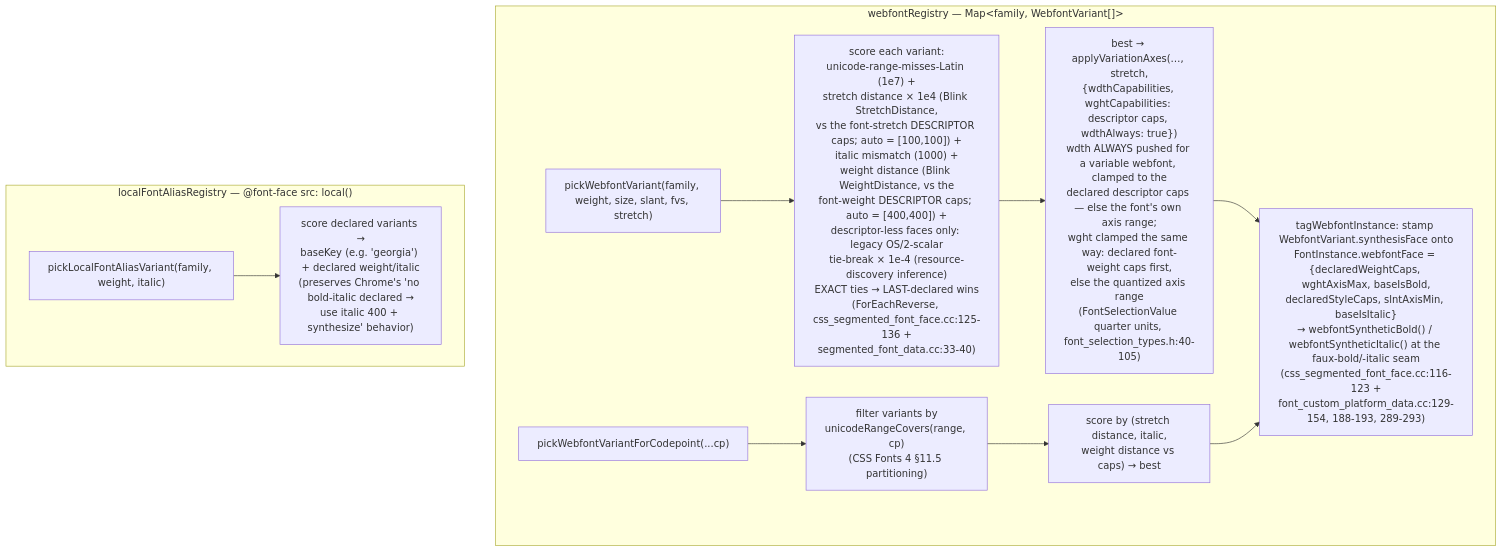
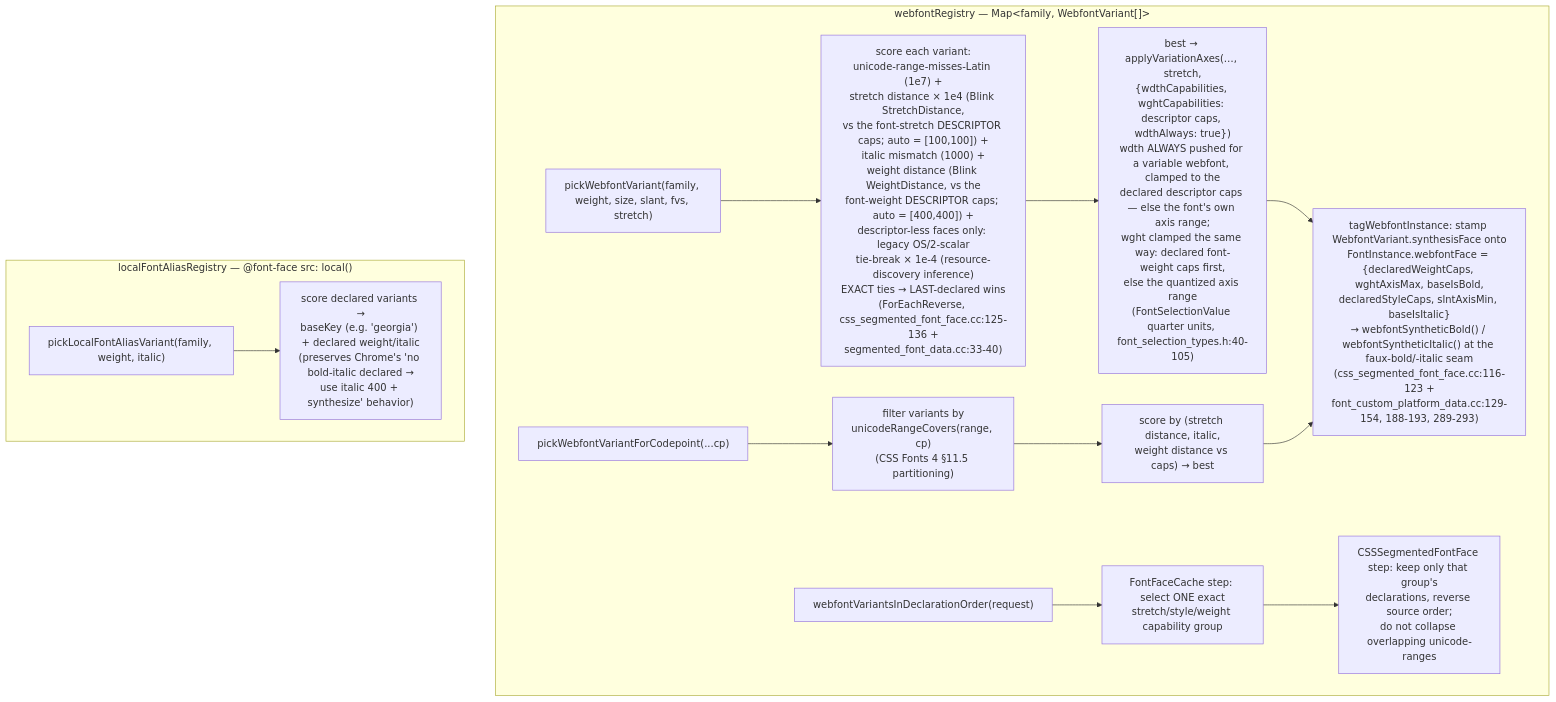
The fourth of 11 diagrams in docs/font-resolution-diagram.md (brianwestphal/domotion), drawn with Mermaid before and after one commit. The commit also changed other lines of this file and 7 other files, not shown here.

````diff
--- a/docs/font-resolution-diagram.md
+++ b/docs/font-resolution-diagram.md
@@ -783,14 +783,16 @@
 ```mermaid
 flowchart TD
   subgraph WF["webfontRegistry — Map&lt;family, WebfontVariant[]&gt;"]
     W0["pickWebfontVariant(family, weight, size, slant, fvs, stretch)"] --> W1["score each variant:<br/>unicode-range-misses-Latin (1e7) +<br/>stretch distance × 1e4 (Blink StretchDistance,<br/>vs the font-stretch DESCRIPTOR caps; auto = [100,100]) +<br/>italic mismatch (1000) +<br/>weight distance (Blink WeightDistance, vs the<br/>font-weight DESCRIPTOR caps; auto = [400,400]) +<br/>descriptor-less faces only: legacy OS/2-scalar<br/>tie-break × 1e-4 (resource-discovery inference)<br/>EXACT ties → LAST-declared wins<br/>(ForEachReverse, css_segmented_font_face.cc:125-136 +<br/>segmented_font_data.cc:33-40)"]
     W1 --> W2["best → applyVariationAxes(…, stretch,<br/>{wdthCapabilities, wghtCapabilities: descriptor caps, wdthAlways: true})<br/>wdth ALWAYS pushed for a variable webfont, clamped to the<br/>declared descriptor caps — else the font's own axis range;<br/>wght clamped the same way: declared font-weight caps first,<br/>else the quantized axis range<br/>(FontSelectionValue quarter units, font_selection_types.h:40-105)"]
     W2 --> W3["tagWebfontInstance: stamp WebfontVariant.synthesisFace onto<br/>FontInstance.webfontFace = {declaredWeightCaps, wghtAxisMax, baseIsBold,<br/>declaredStyleCaps, slntAxisMin, baseIsItalic}<br/>→ webfontSyntheticBold() / webfontSyntheticItalic() at the faux-bold/-italic seam<br/>(css_segmented_font_face.cc:116-123 +<br/>font_custom_platform_data.cc:129-154, 188-193, 289-293)"]
     P0["pickWebfontVariantForCodepoint(...cp)"] --> P1["filter variants by<br/>unicodeRangeCovers(range, cp)<br/>(CSS Fonts 4 §11.5 partitioning)"]
     P1 --> P2["score by (stretch distance, italic,<br/>weight distance vs caps) → best"]
     P2 --> W3
+    S0["webfontVariantsInDeclarationOrder(request)"] --> S1["FontFaceCache step: select ONE exact<br/>stretch/style/weight capability group"]
+    S1 --> S2["CSSSegmentedFontFace step: keep only that group's<br/>declarations, reverse source order;<br/>do not collapse overlapping unicode-ranges"]
   end
   subgraph LA["localFontAliasRegistry — @font-face src: local()"]
     LA0["pickLocalFontAliasVariant(family, weight, italic)"] --> LA1["score declared variants →<br/>baseKey (e.g. 'georgia') + declared weight/italic<br/>(preserves Chrome's 'no bold-italic declared →<br/>use italic 400 + synthesize' behavior)"]
   end
 ```
````
